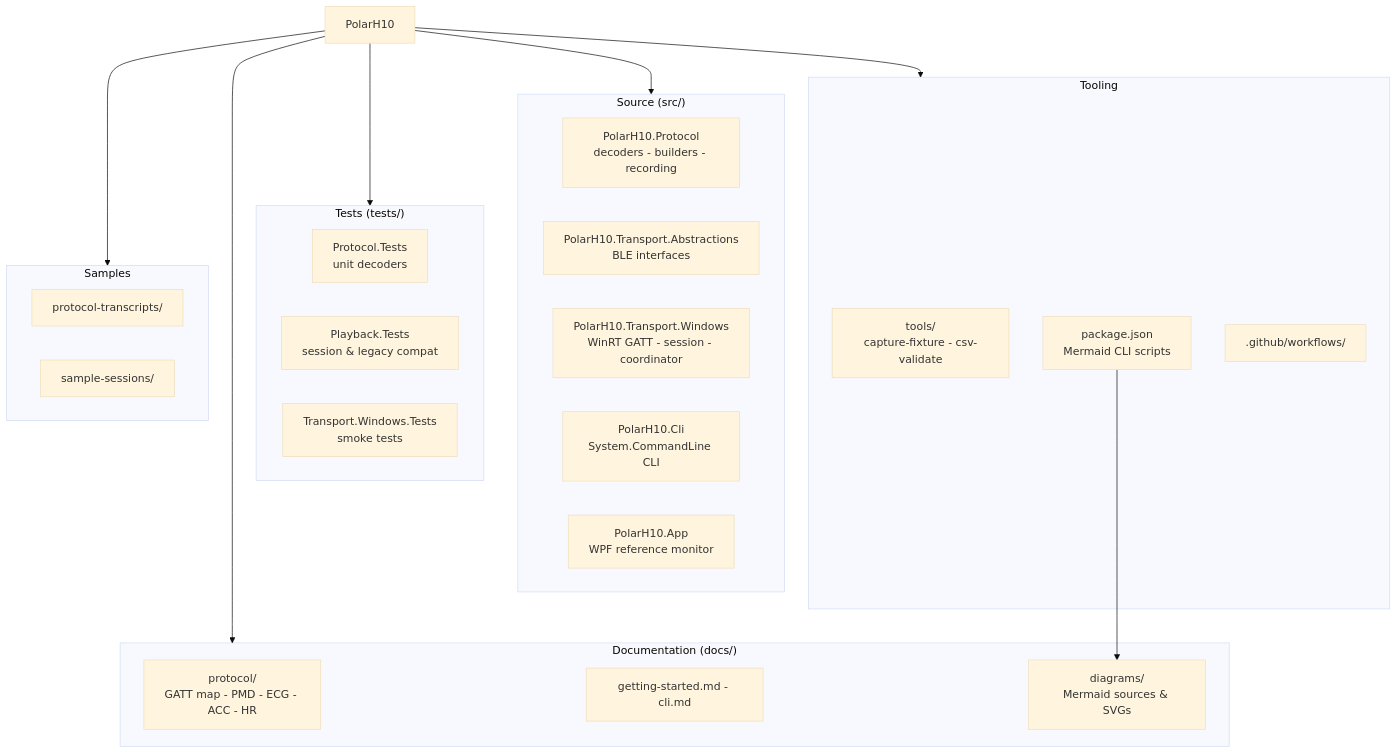
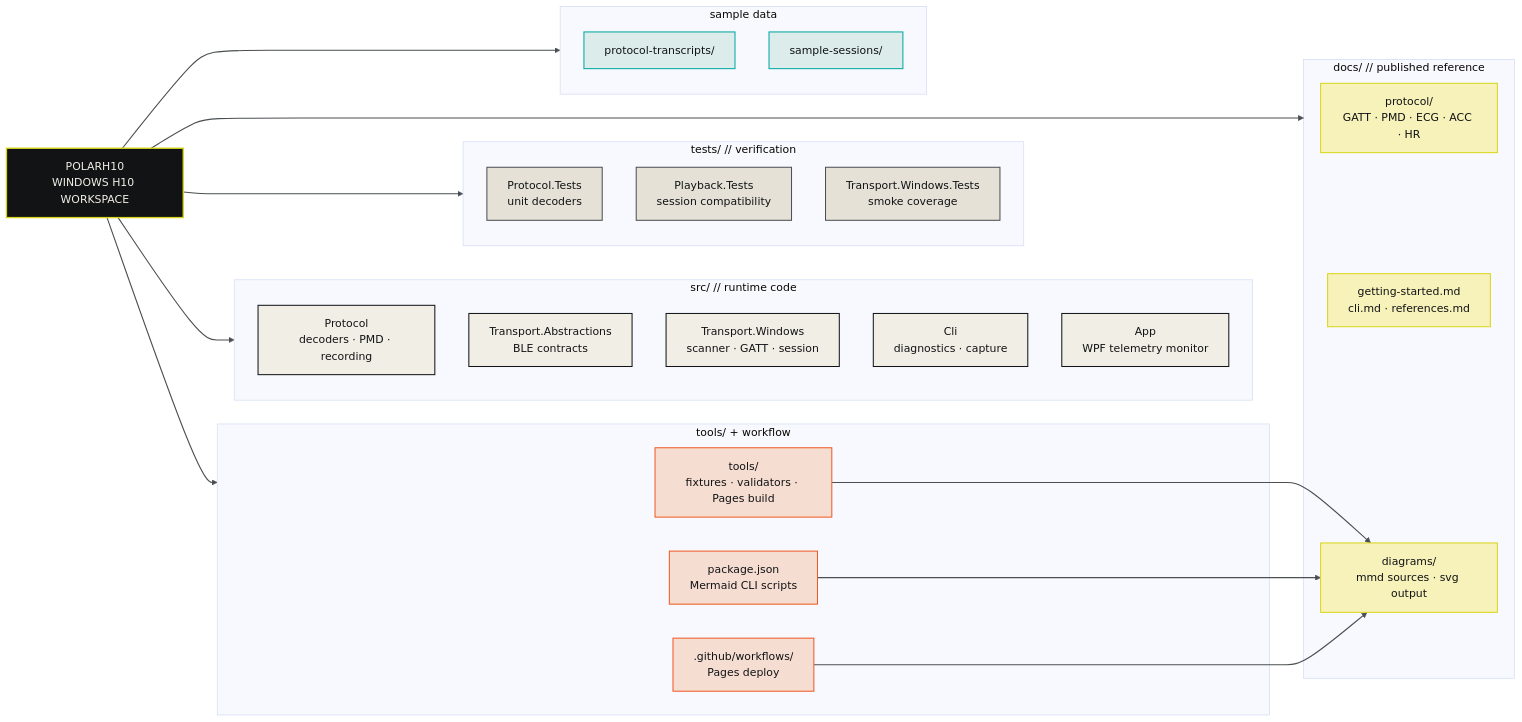
Before and after one commit to MesmerPrism/PolarH10: the first of 3 diagrams in README.md, drawn with Mermaid (base theme). The commit also changed other lines of this file and 21 other files, not shown here.

Commit message:
Tighten brutal UI preview and Mermaid docs

````diff
--- a/README.md
+++ b/README.md
@@ -27,42 +27,58 @@
 ```mermaid
-flowchart TB
-    R["PolarH10"]
+flowchart LR
+    R["POLARH10<br/>WINDOWS H10 WORKSPACE"]
 
-    subgraph Source["Source (src/)"]
-        P1["PolarH10.Protocol\ndecoders - builders - recording"]
-        P2["PolarH10.Transport.Abstractions\nBLE interfaces"]
-        P3["PolarH10.Transport.Windows\nWinRT GATT - session - coordinator"]
-        P4["PolarH10.Cli\nSystem.CommandLine CLI"]
-        P5["PolarH10.App\nWPF reference monitor"]
+    subgraph Source["src/ // runtime code"]
+        P1["Protocol<br/>decoders · PMD · recording"]
+        P2["Transport.Abstractions<br/>BLE contracts"]
+        P3["Transport.Windows<br/>scanner · GATT · session"]
+        P4["Cli<br/>diagnostics · capture"]
+        P5["App<br/>WPF telemetry monitor"]
     end
 
-    subgraph Tests["Tests (tests/)"]
-        T1["Protocol.Tests\nunit decoders"]
-        T2["Playback.Tests\nsession & legacy compat"]
-        T3["Transport.Windows.Tests\nsmoke tests"]
+    subgraph Tests["tests/ // verification"]
+        T1["Protocol.Tests<br/>unit decoders"]
+        T2["Playback.Tests<br/>session compatibility"]
+        T3["Transport.Windows.Tests<br/>smoke coverage"]
     end
 
-    subgraph Docs["Documentation (docs/)"]
-        D1["protocol/\nGATT map - PMD - ECG - ACC - HR"]
-        D2["getting-started.md - cli.md"]
-        D3["diagrams/\nMermaid sources & SVGs"]
+    subgraph Docs["docs/ // published reference"]
+        D1["protocol/<br/>GATT · PMD · ECG · ACC · HR"]
+        D2["getting-started.md<br/>cli.md · references.md"]
+        D3["diagrams/<br/>mmd sources · svg output"]
     end
 
-    subgraph Tooling["Tooling"]
-        TL1["tools/\ncapture-fixture - csv-validate"]
-        TL2["package.json\nMermaid CLI scripts"]
-        TL3[".github/workflows/"]
+    subgraph Tooling["tools/ + workflow"]
+        TL1["tools/<br/>fixtures · validators · Pages build"]
+        TL2["package.json<br/>Mermaid CLI scripts"]
+        TL3[".github/workflows/<br/>Pages deploy"]
     end
 
-    subgraph Samples["Samples"]
+    subgraph Samples["sample data"]
         S1["protocol-transcripts/"]
         S2["sample-sessions/"]
     end
 
     R --> Source
     R --> Tests
     R --> Docs
     R --> Tooling
     R --> Samples
+    TL1 --> D3
     TL2 --> D3
+    TL3 --> D3
+
+    classDef hub fill:#111315,stroke:#D8D61A,color:#F1EEE6,stroke-width:2px;
+    classDef source fill:#F1EEE6,stroke:#111315,color:#111315,stroke-width:1.5px;
+    classDef tests fill:#E6E1D7,stroke:#4B4F52,color:#111315,stroke-width:1.5px;
+    classDef docs fill:#F7F1BA,stroke:#D8D61A,color:#111315,stroke-width:1.5px;
+    classDef tooling fill:#F6DDD2,stroke:#F05A22,color:#111315,stroke-width:1.5px;
+    classDef sample fill:#DCECEB,stroke:#00A7A0,color:#111315,stroke-width:1.5px;
+    class R hub;
+    class P1,P2,P3,P4,P5 source;
+    class T1,T2,T3 tests;
+    class D1,D2,D3 docs;
+    class TL1,TL2,TL3 tooling;
+    class S1,S2 sample;
+    linkStyle default stroke:#4B4F52,stroke-width:1.6px;
 ```
````
